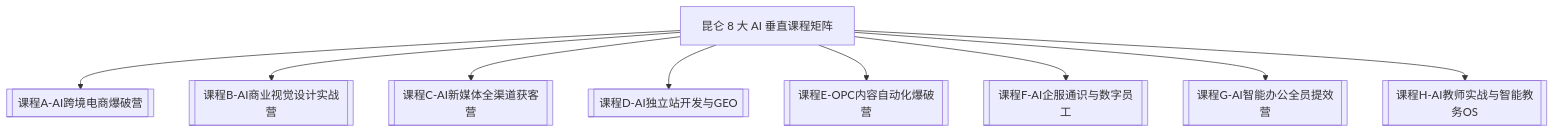
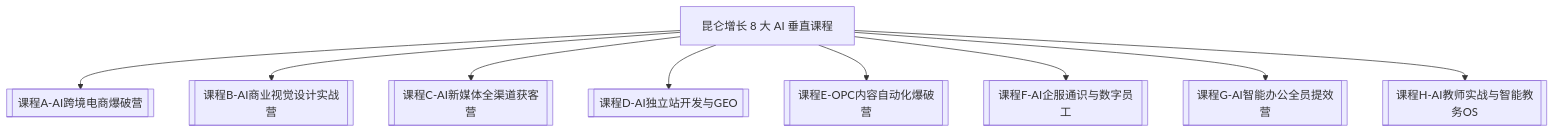
Before and after one commit to yunduan0985/kunlun-growth-agent-system: the diagram in obsidian_courses_vault/00-主主控总纲/00-主视窗导航与课程关系图.md, drawn with Mermaid. The commit also changed other lines of this file and 1005 other files, not shown here.

````diff
--- a/obsidian_courses_vault/00-主主控总纲/00-主视窗导航与课程关系图.md
+++ b/obsidian_courses_vault/00-主主控总纲/00-主视窗导航与课程关系图.md
@@ -16,11 +38,11 @@
 ```mermaid
 graph TD
-    Root[昆仑 8 大 AI 垂直课程矩阵] --> A[[课程A-AI跨境电商爆破营]]
+    Root[昆仑增长 8 大 AI 垂直课程] --> A[[课程A-AI跨境电商爆破营]]
     Root --> B[[课程B-AI商业视觉设计实战营]]
     Root --> C[[课程C-AI新媒体全渠道获客营]]
     Root --> D[[课程D-AI独立站开发与GEO]]
     Root --> E[[课程E-OPC内容自动化爆破营]]
     Root --> F[[课程F-AI企服通识与数字员工]]
     Root --> G[[课程G-AI智能办公全员提效营]]
     Root --> H[[课程H-AI教师实战与智能教务OS]]
 ```
````
